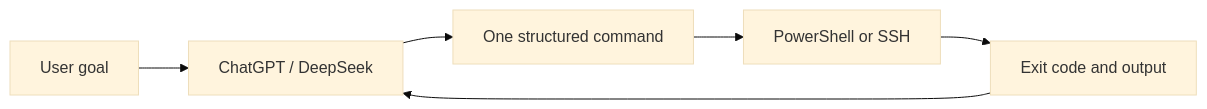
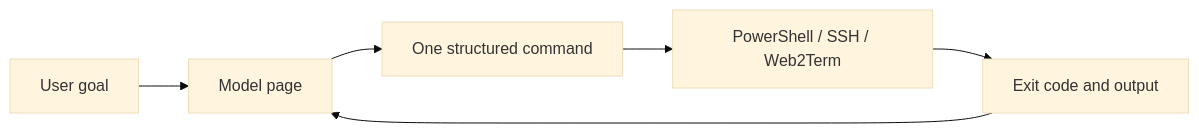
One commit to naledao/gpt-web-to-codex-terminal changed the third of 4 diagrams in README.md. Above: the diagram before and after it, drawn with Mermaid (base theme). The commit also changed other lines of this file and 12 other files, not shown here.

````diff
--- a/README.md
+++ b/README.md
@@ -98,8 +154,8 @@
 ```mermaid
 flowchart LR
-  U[User goal] --> C[ChatGPT / DeepSeek]
+  U[User goal] --> C[Model page]
   C --> J[One structured command]
-  J --> E[PowerShell or SSH]
+  J --> E[PowerShell / SSH / Web2Term]
   E --> O[Exit code and output]
   O --> C
 ```
````
